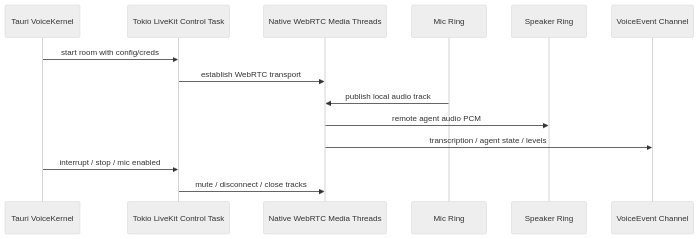
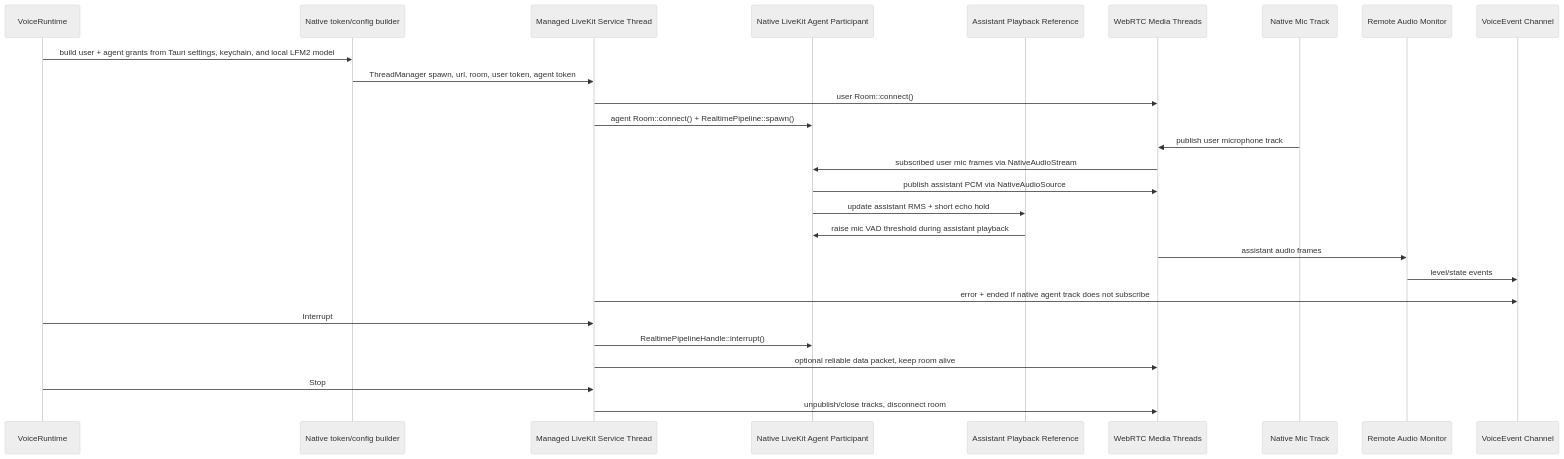
The eighth of 8 diagrams in desktop-stack.md (SolaceHarmony/emberharmony), drawn with Mermaid (neutral theme) before and after one commit. The commit also changed other lines of this file and 40 other files, not shown here.

Commit message:
Refine SDK build and runtime handling

````diff
--- a/desktop-stack.md
+++ b/desktop-stack.md
@@ -90,17 +431,30 @@
 ```mermaid
 sequenceDiagram
-  participant Kernel as Tauri VoiceKernel
-  participant Ctrl as Tokio LiveKit Control Task
-  participant Media as Native WebRTC Media Threads
-  participant Mic as Mic Ring
-  participant Out as Speaker Ring
+  participant K as VoiceRuntime
+  participant Grant as Native token/config builder
+  participant Ctrl as Managed LiveKit Service Thread
+  participant Agent as Native LiveKit Agent Participant
+  participant Ref as Assistant Playback Reference
+  participant Media as WebRTC Media Threads
+  participant Mic as Native Mic Track
+  participant Remote as Remote Audio Monitor
   participant UI as VoiceEvent Channel
 
-  Kernel->>Ctrl: start room with config/creds
-  Ctrl->>Media: establish WebRTC transport
-  Mic->>Media: publish local audio track
-  Media->>Out: remote agent audio PCM
-  Media->>UI: transcription / agent state / levels
-  Kernel->>Ctrl: interrupt / stop / mic enabled
-  Ctrl->>Media: mute / disconnect / close tracks
+  K->>Grant: build user + agent grants from Tauri settings, keychain, and local LFM2 model
+  Grant->>Ctrl: ThreadManager spawn, url, room, user token, agent token
+  Ctrl->>Media: user Room::connect()
+  Ctrl->>Agent: agent Room::connect() + RealtimePipeline::spawn()
+  Mic->>Media: publish user microphone track
+  Media->>Agent: subscribed user mic frames via NativeAudioStream
+  Agent->>Media: publish assistant PCM via NativeAudioSource
+  Agent->>Ref: update assistant RMS + short echo hold
+  Ref->>Agent: raise mic VAD threshold during assistant playback
+  Media->>Remote: assistant audio frames
+  Remote->>UI: level/state events
+  Ctrl->>UI: error + ended if native agent track does not subscribe
+  K->>Ctrl: Interrupt
+  Ctrl->>Agent: RealtimePipelineHandle::interrupt()
+  Ctrl->>Media: optional reliable data packet, keep room alive
+  K->>Ctrl: Stop
+  Ctrl->>Media: unpublish/close tracks, disconnect room
 ```
````
